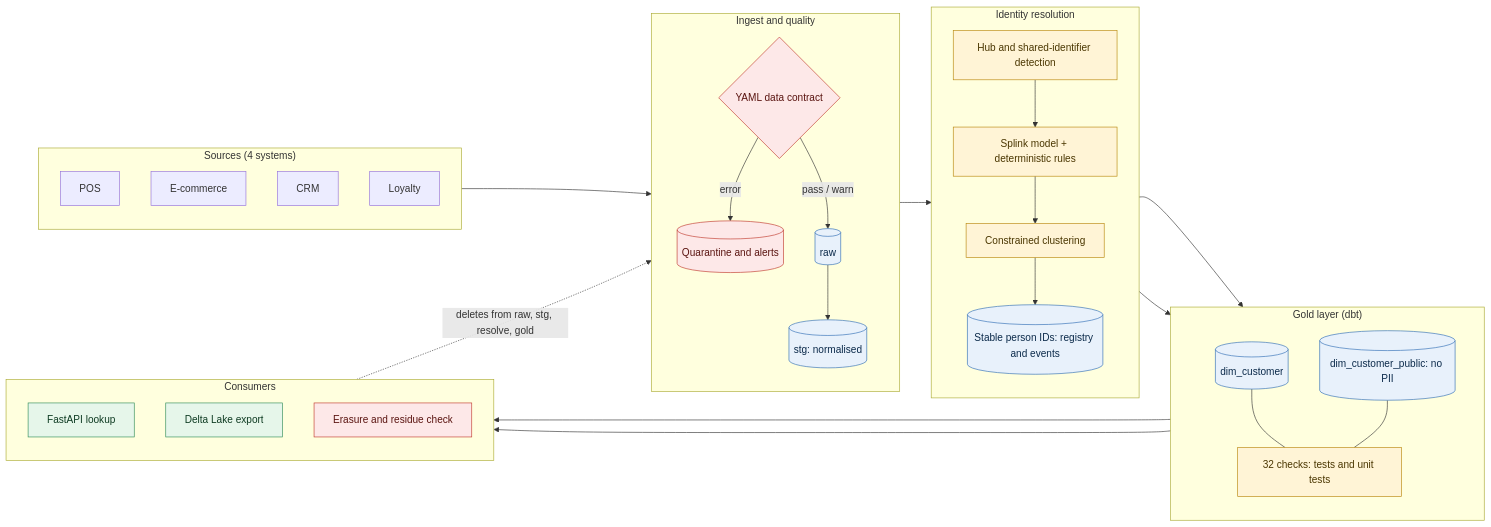
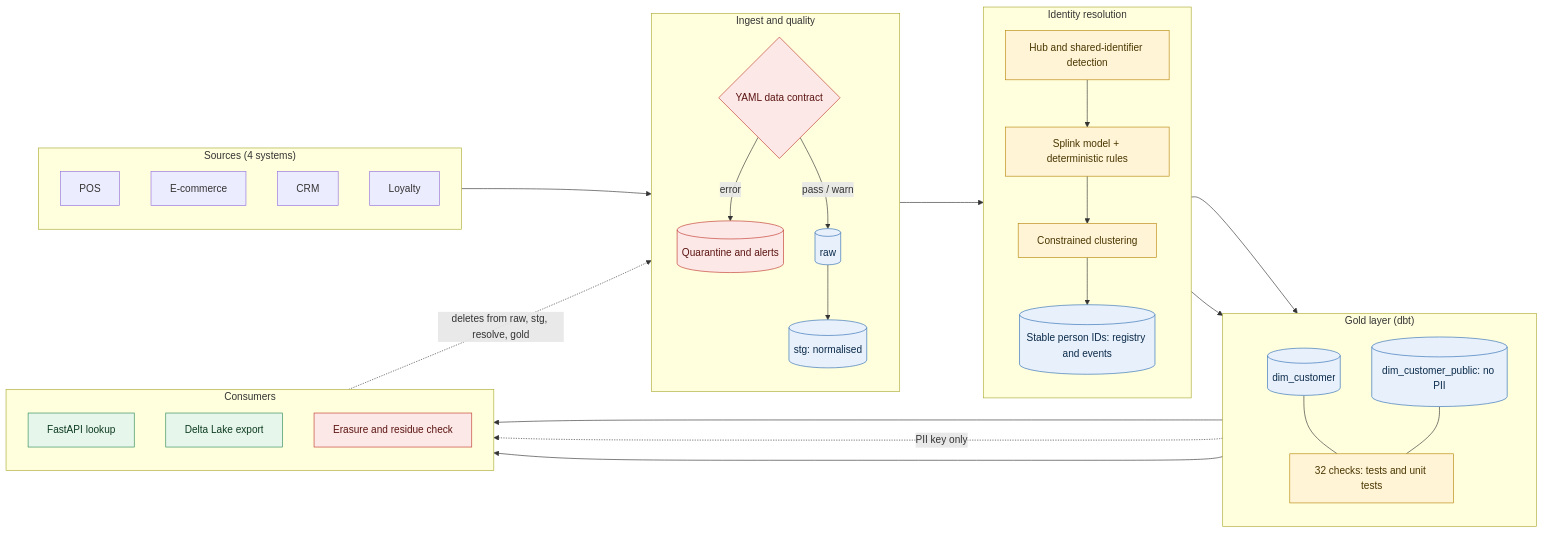
One commit to duan-n2d/customer-identity-platform changed the diagram in README.md. Above: the diagram before and after it, drawn with Mermaid. The commit also changed other lines of this file and 2 other files, not shown here.

Commit message:
Docs: describe API auth scopes and the sequential-ID limitation

````diff
--- a/README.md
+++ b/README.md
@@ -51,62 +51,63 @@
 ```mermaid
 flowchart LR
     subgraph SRC["Sources (4 systems)"]
         direction TB
         POS[POS]
         ECOM[E-commerce]
         CRM[CRM]
         LOY[Loyalty]
     end
 
     subgraph ING["Ingest and quality"]
         direction TB
         CON{"YAML data contract"}
         Q[("Quarantine and alerts")]
         RAW[("raw")]
         STG[("stg: normalised")]
         CON -- "error" --> Q
         CON -- "pass / warn" --> RAW --> STG
     end
 
     subgraph RES["Identity resolution"]
         direction TB
         HUB["Hub and shared-identifier detection"]
         MATCH["Splink model + deterministic rules"]
         CLU["Constrained clustering"]
         IDS[("Stable person IDs: registry and events")]
         HUB --> MATCH --> CLU --> IDS
     end
 
     subgraph GOLD["Gold layer (dbt)"]
         direction TB
         DIM[("dim_customer")]
         PUB[("dim_customer_public: no PII")]
         DBT["32 checks: tests and unit tests"]
         DIM --- DBT
         PUB --- DBT
     end
 
     subgraph OUT["Consumers"]
         direction TB
         API["FastAPI lookup"]
         DELTA["Delta Lake export"]
         ERASE["Erasure and residue check"]
     end
 
     SRC --> CON
     STG --> HUB
     IDS --> DIM
     IDS --> PUB
-    DIM --> API
+    PUB --> API
+    DIM -. "PII key only" .-> API
     PUB --> DELTA
     ERASE -. "deletes from raw, stg, resolve, gold" .-> RAW
 
     classDef store fill:#e8f1fb,stroke:#2f6db5,color:#0b2a4a
     classDef logic fill:#fff4d6,stroke:#b8860b,color:#4a3600
     classDef guard fill:#fde8e8,stroke:#c0392b,color:#5a1410
     classDef out fill:#e6f6ea,stroke:#2e8b57,color:#0e3b22
     class RAW,STG,IDS,DIM,PUB store
     class HUB,MATCH,CLU,DBT logic
     class CON,Q,ERASE guard
     class API,DELTA out
 ```
````
